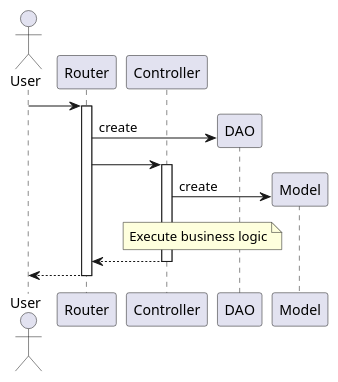
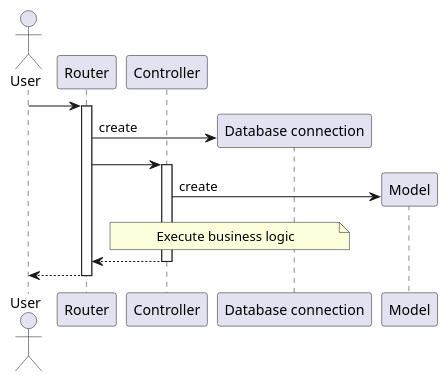
The diagram in docs/genericFlow.puml (Daniel-W-Innes/hermes), drawn with PlantUML before and after one commit. The commit also changed 2 other files, not shown here.

```diff
--- a/docs/genericFlow.puml
+++ b/docs/genericFlow.puml
@@ -1,19 +1,19 @@
 @startuml Generic flow for all routes
 
 actor User
 participant Router
 participant Controller
-participant DAO
+participant "Database connection" as db
 participant Model
 
 User -> Router ++
-Router -> DAO ** : create
+Router -> db ** : create
 Router -> Controller ++
 Controller -> Model ** : create
-note over Controller, DAO
+note over Controller, db
     Execute business logic
 end note
 return
 return
 
 @enduml
```
